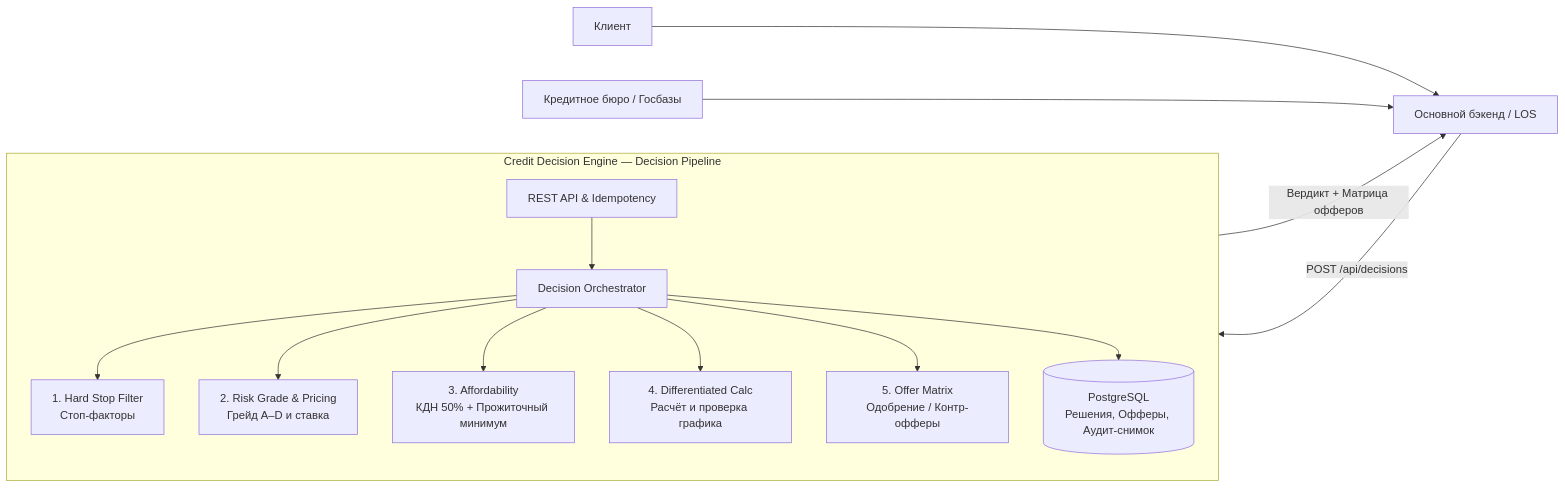
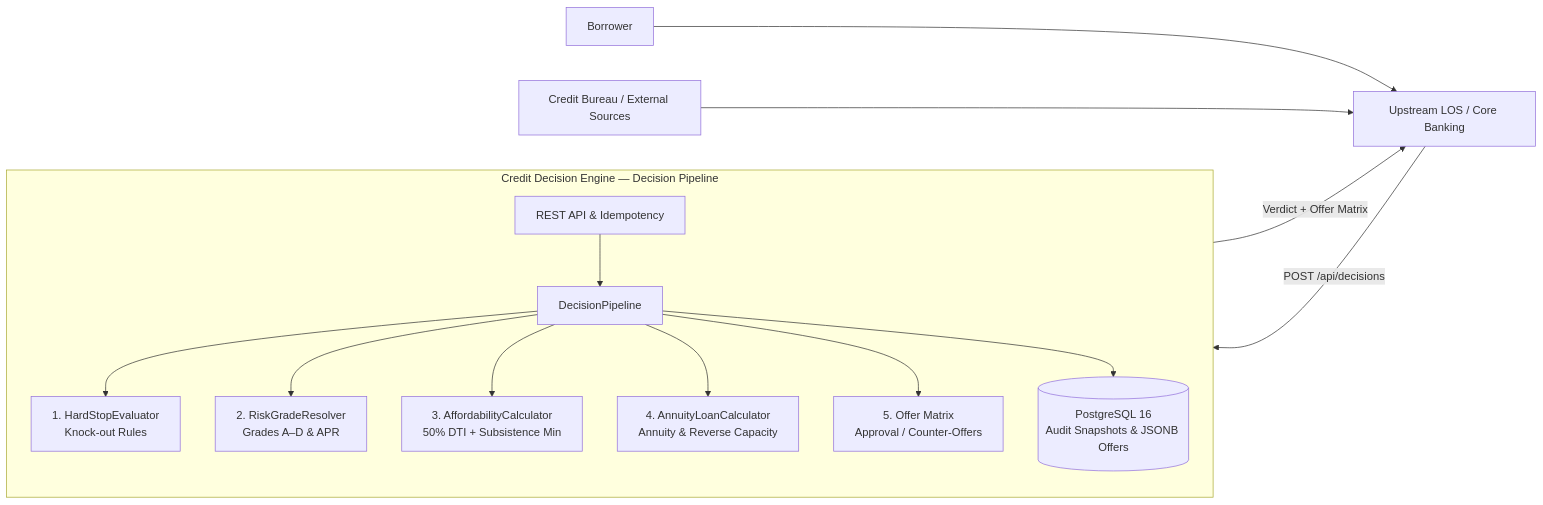
Before and after one commit to HubertFisher/credit-decision-platform: the diagram in docs/design.md, drawn with Mermaid. The commit also changed other lines of this file and 8 other files, not shown here.

````diff
--- a/docs/design.md
+++ b/docs/design.md
@@ -23,16 +20,16 @@
 ```mermaid
 flowchart LR
-  Client[Клиент] --> LOS[Основной бэкенд / LOS]
-  BKI[Кредитное бюро / Госбазы] --> LOS
+  Client[Borrower] --> LOS[Upstream LOS / Core Banking]
+  BKI[Credit Bureau / External Sources] --> LOS
   LOS -->|POST /api/decisions| CDE[Credit Decision Engine]
   subgraph CDE [Credit Decision Engine — Decision Pipeline]
-    API[REST API & Idempotency] --> Orchestrator[Decision Orchestrator]
-    Orchestrator --> S1[1. Hard Stop Filter\nСтоп-факторы]
-    Orchestrator --> S2[2. Risk Grade & Pricing\nГрейд A–D и ставка]
-    Orchestrator --> S3[3. Affordability\nКДН 50% + Прожиточный минимум]
-    Orchestrator --> S4[4. Differentiated Calc\nРасчёт и проверка графика]
-    Orchestrator --> S5[5. Offer Matrix\nОдобрение / Контр-офферы]
-    Orchestrator --> DB[(PostgreSQL\nРешения, Офферы, Аудит-снимок)]
+    API[REST API & Idempotency] --> Orchestrator[DecisionPipeline]
+    Orchestrator --> S1[1. HardStopEvaluator\nKnock-out Rules]
+    Orchestrator --> S2[2. RiskGradeResolver\nGrades A–D & APR]
+    Orchestrator --> S3[3. AffordabilityCalculator\n50% DTI + Subsistence Min]
+    Orchestrator --> S4[4. AnnuityLoanCalculator\nAnnuity & Reverse Capacity]
+    Orchestrator --> S5[5. Offer Matrix\nApproval / Counter-Offers]
+    Orchestrator --> DB[(PostgreSQL 16\nAudit Snapshots & JSONB Offers)]
   end
-  CDE -->|Вердикт + Матрица офферов| LOS
+  CDE -->|Verdict + Offer Matrix| LOS
 ```
````
